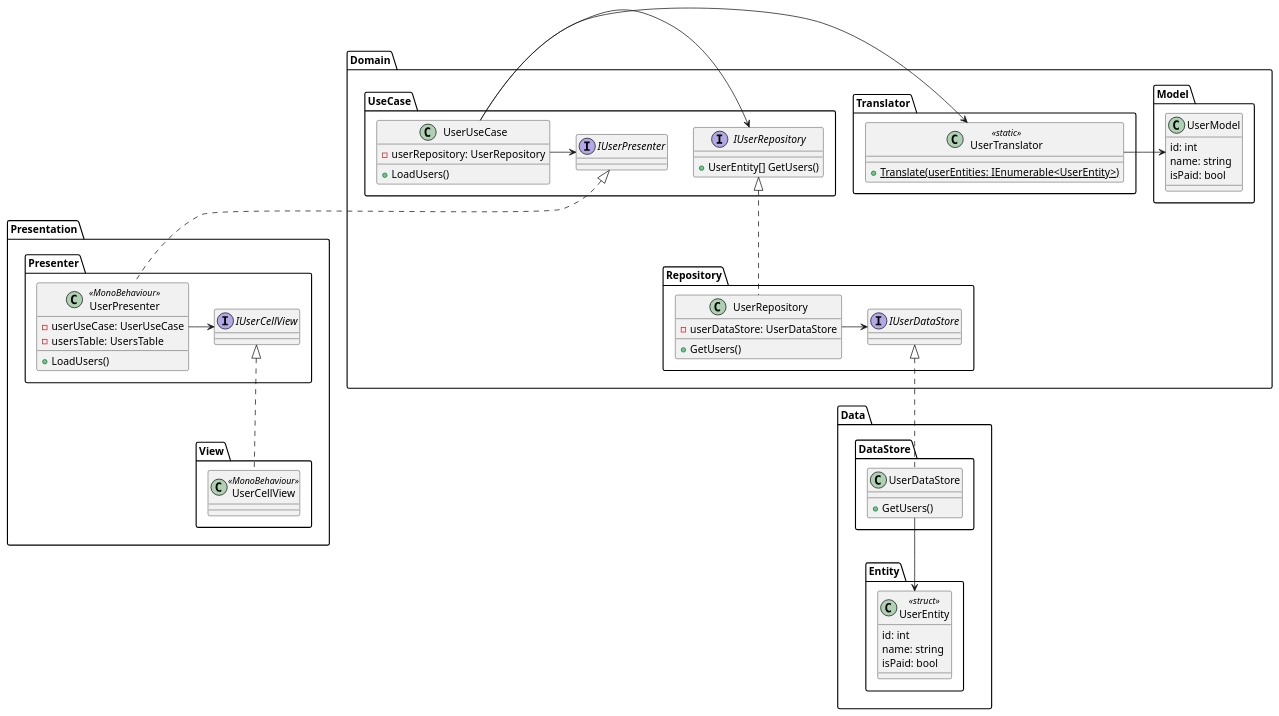
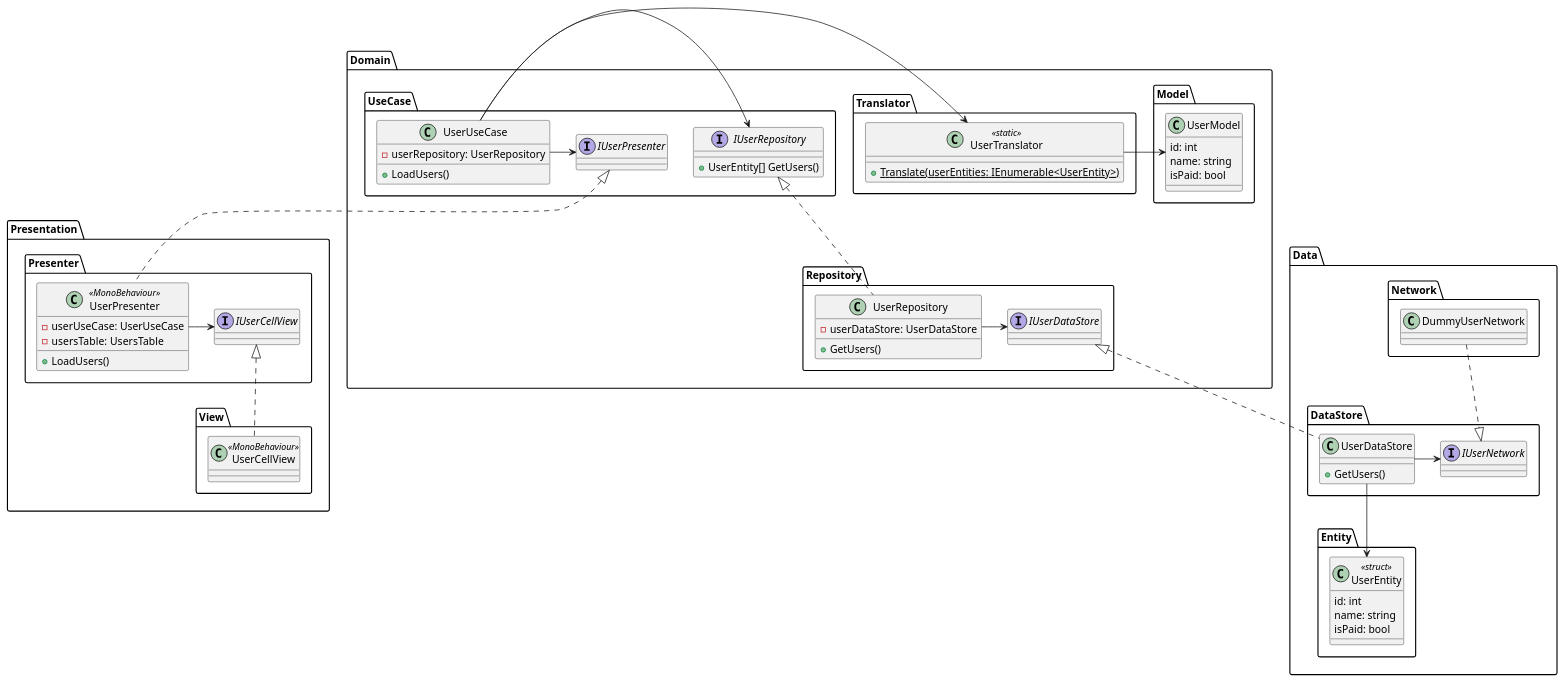
One commit to ajingu/Quest changed the diagram in Architecture/architecture.puml. Above: the diagram before and after it, drawn with PlantUML. The commit also changed 13 other files, not shown here.

```diff
--- a/Architecture/architecture.puml
+++ b/Architecture/architecture.puml
@@ -4,122 +4,137 @@
 @startuml
 package Presentation
 {
     package View
     {   
         class UserCellView << MonoBehaviour >>
         {
             
         }
     }
     
     package Presenter
     {
         interface IUserCellView
         {
         
         }
 
         class UserPresenter << MonoBehaviour >>
         {
             - userUseCase: UserUseCase
             - usersTable: UsersTable
             
             + LoadUsers()
         }
         
         UserPresenter -> IUserCellView
         IUserCellView <|.. UserCellView
     }
 }
 
 package Domain
 {
     package Model
     {
         class UserModel
         {
             id: int
             name: string
             isPaid: bool
         }
     }
     
     package Translator
     {
         class UserTranslator <<static>>
         {
             + {static} Translate(userEntities: IEnumerable<UserEntity>)
         }
         
         UserTranslator -> UserModel
     }
     
     package UseCase
     {
         interface IUserPresenter
         {
             
         }
         
         interface IUserRepository
         {
             + UserEntity[] GetUsers()
         }
     
         class UserUseCase
         {
             - userRepository: UserRepository
             + LoadUsers()
         }
         
         UserUseCase -> IUserPresenter
         UserUseCase -> IUserRepository
         UserUseCase -> UserTranslator
         IUserPresenter <|.. UserPresenter
         
         
     }
     
     package Repository
     {
         interface IUserDataStore
         {
         }
     
         class UserRepository
         {
             - userDataStore: UserDataStore
             + GetUsers()
         }
         
         IUserRepository <|.. UserRepository
         UserRepository -> IUserDataStore
     }
 }
 
 package Data
 {
     package DataStore
     {
+        interface IUserNetwork
+        {
+        }
+    
         class UserDataStore
         {
             + GetUsers()
         }
         
         IUserDataStore <|.. UserDataStore
+        UserDataStore -> IUserNetwork
     }
     
     package Entity
     {
         class UserEntity << struct >>
         {
             id: int
             name: string
             isPaid: bool
         }
     }
     
+    package Network
+    {
+        class DummyUserNetwork
+        {
+            
+        }
+        
+        DummyUserNetwork ..|> IUserNetwork
+    }
+    
     UserDataStore -down-> UserEntity
 }
 
 @enduml
```
